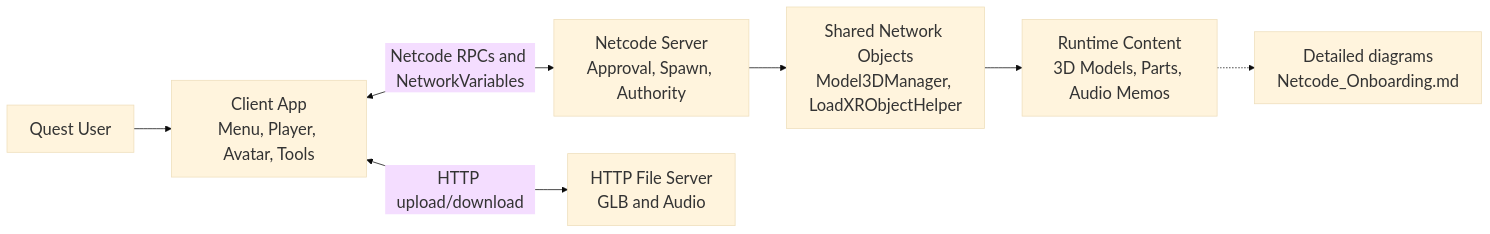
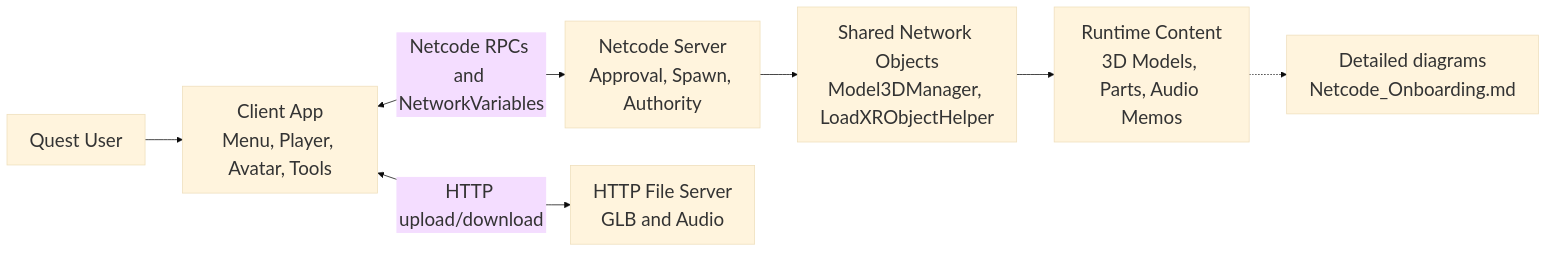
One commit to tamntmirabo/Test_Mermaid changed the first of 7 diagrams in README.md. Above: the diagram before and after it, drawn with Mermaid.

Commit message:
Increase font size in App-Level Map diagram
Updated font sizes in the Mermaid diagram configuration.

````diff
--- a/README.md
+++ b/README.md
@@ -14,10 +14,10 @@
 ```mermaid
-%%{init: {"theme": "base", "themeVariables": {"fontSize": "22px"}, "sequence": {"actorFontSize": 22, "messageFontSize": 22, "noteFontSize": 22}, "themeCSS": "text, tspan, .nodeLabel, .edgeLabel, .actor, .messageText, .labelText, .loopText, .noteText { font-size: 22px !important; }"}}%%
+%%{init: {"theme": "base", "themeVariables": {"fontSize": "25px"}, "sequence": {"actorFontSize": 25, "messageFontSize": 25, "noteFontSize": 25}, "themeCSS": "text, tspan, .nodeLabel, .edgeLabel, .actor, .messageText, .labelText, .loopText, .noteText { font-size: 25px !important; }"}}%%
 flowchart LR
     User["Quest User"] --> Client["Client App<br/>Menu, Player, Avatar, Tools"]
     Client <-->|"Netcode RPCs and NetworkVariables"| Server["Netcode Server<br/>Approval, Spawn, Authority"]
     Server --> Shared["Shared Network Objects<br/>Model3DManager, LoadXRObjectHelper"]
     Client <-->|"HTTP upload/download"| Files["HTTP File Server<br/>GLB and Audio"]
     Shared --> Content["Runtime Content<br/>3D Models, Parts, Audio Memos"]
     Content -.-> Detail["Detailed diagrams<br/>Netcode_Onboarding.md"]
 ```
````
